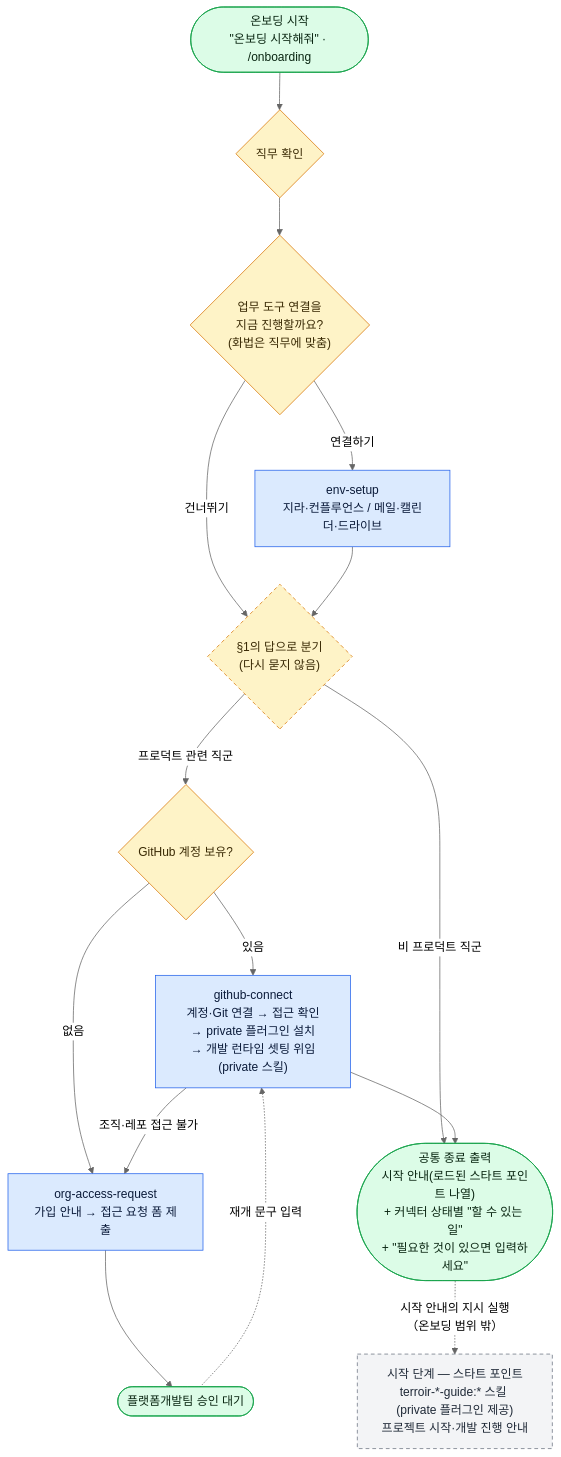
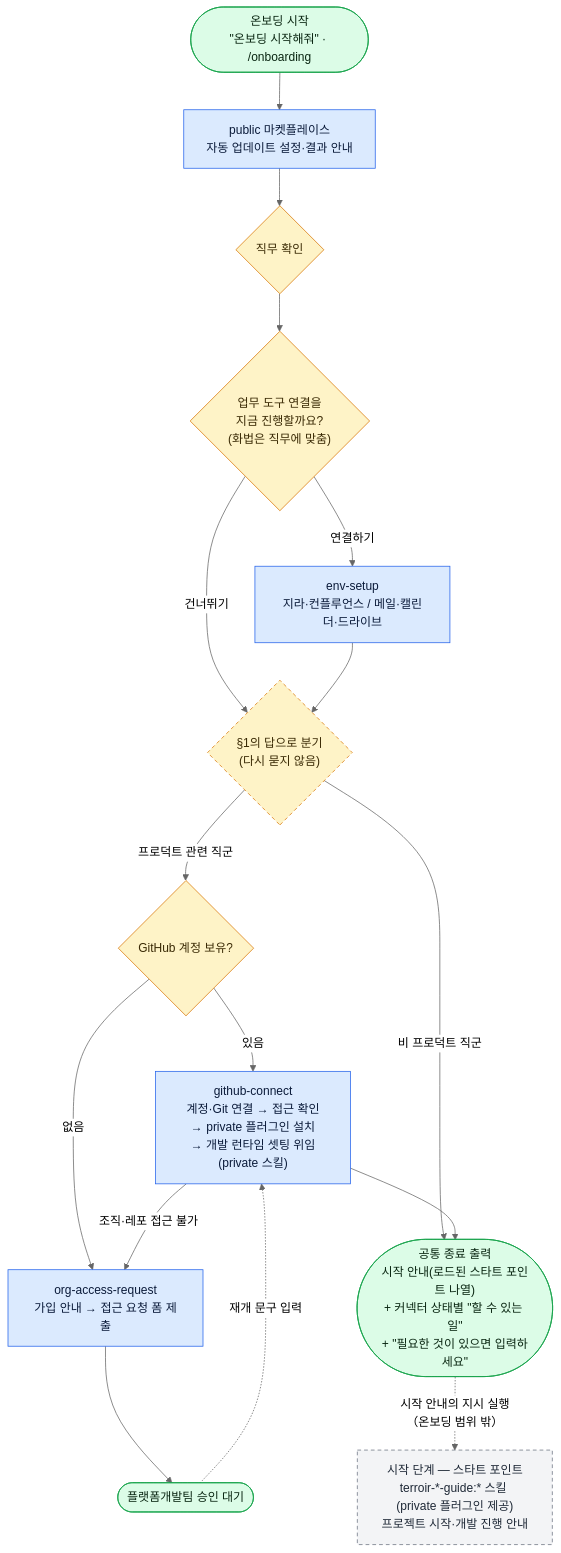
The diagram in plugins/terroir-onboarding/README.md (VntgCorp/terroir-claude-plugin-public), drawn with Mermaid (neutral theme) before and after one commit. The commit also changed other lines of this file and 12 other files, not shown here.

First line of the commit message:
feat(onboarding): 마켓플레이스 자동 업데이트 활성화 [RDDP-1629] (#39)

````diff
--- a/plugins/terroir-onboarding/README.md
+++ b/plugins/terroir-onboarding/README.md
@@ -36,46 +46,48 @@
 ```mermaid
 flowchart TD
     START(["온보딩 시작<br/>&quot;온보딩 시작해줘&quot; · /onboarding"])
+    AUTO["public 마켓플레이스<br/>자동 업데이트 설정·결과 안내"]
 
     Q1{"직무 확인"}
     Q2{"업무 도구 연결을<br/>지금 진행할까요?<br/>(화법은 직무에 맞춤)"}
     ENV["env-setup<br/>지라·컨플루언스 / 메일·캘린더·드라이브"]
     BR{"§1의 답으로 분기<br/>(다시 묻지 않음)"}
     Q3{"GitHub 계정 보유?"}
 
     GH["github-connect<br/>계정·Git 연결 → 접근 확인<br/>→ private 플러그인 설치<br/>→ 개발 런타임 셋팅 위임(private 스킬)"]
     OA["org-access-request<br/>가입 안내 → 접근 요청 폼 제출"]
     WAIT(["플랫폼개발팀 승인 대기"])
 
     END(["공통 종료 출력<br/>시작 안내(로드된 스타트 포인트 나열)<br/>+ 커넥터 상태별 &quot;할 수 있는 일&quot;<br/>+ &quot;필요한 것이 있으면 입력하세요&quot;"])
     SP["시작 단계 — 스타트 포인트<br/>terroir-*-guide:* 스킬 (private 플러그인 제공)<br/>프로젝트 시작·개발 진행 안내"]
 
-    START --> Q1
+    START --> AUTO
+    AUTO --> Q1
     Q1 --> Q2
     Q2 -->|연결하기| ENV
     Q2 -->|건너뛰기| BR
     ENV --> BR
 
     BR -->|프로덕트 관련 직군| Q3
     BR -->|비 프로덕트 직군| END
 
     Q3 -->|있음| GH
     Q3 -->|없음| OA
     GH -->|조직·레포 접근 불가| OA
     OA --> WAIT
     WAIT -.->|재개 문구 입력| GH
 
     GH --> END
     END -.->|시작 안내의 지시 실행<br/>（온보딩 범위 밖）| SP
 
     classDef skill fill:#dbeafe,stroke:#2563eb,color:#0b1b3a
     classDef gate fill:#fef3c7,stroke:#d97706,color:#3a2a05
     classDef term fill:#dcfce7,stroke:#16a34a,color:#0a2612
     classDef branch fill:#fef3c7,stroke:#d97706,color:#3a2a05,stroke-dasharray:5 4
     classDef ext fill:#f3f4f6,stroke:#6b7280,color:#1f2937,stroke-dasharray:5 4
-    class ENV,GH,OA skill
+    class AUTO,ENV,GH,OA skill
     class Q1,Q2,Q3 gate
     class BR branch
     class START,END,WAIT term
     class SP ext
 ```
````
